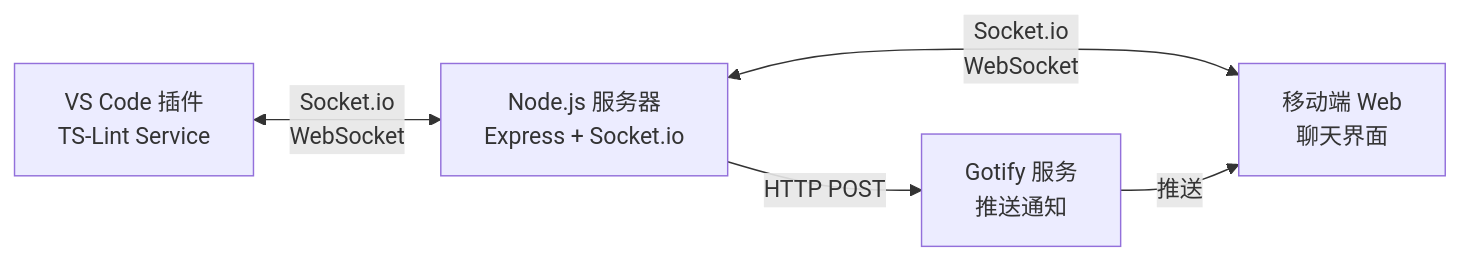
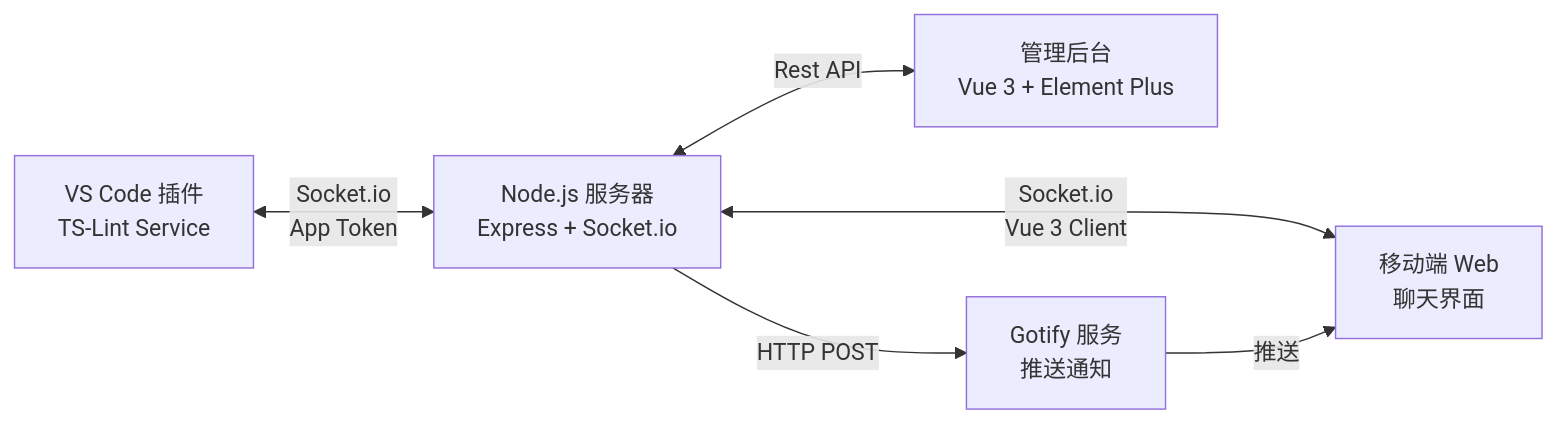
The diagram in README.md (Sisyphean-a/vscode-stealth-chat), drawn with Mermaid before and after one commit. The commit also changed other lines of this file and 6 other files, not shown here.

````diff
--- a/README.md
+++ b/README.md
@@ -25,7 +25,8 @@
 ```mermaid
 graph LR
-    A[VS Code 插件<br/>TS-Lint Service] <-->|Socket.io<br/>WebSocket| B[Node.js 服务器<br/>Express + Socket.io]
-    B <-->|Socket.io<br/>WebSocket| C[移动端 Web<br/>聊天界面]
+    A[VS Code 插件<br/>TS-Lint Service] <-->|Socket.io<br/>App Token| B[Node.js 服务器<br/>Express + Socket.io]
+    B <-->|Socket.io<br/>Vue 3 Client| C[移动端 Web<br/>聊天界面]
+    B <-->|Rest API| E[管理后台<br/>Vue 3 + Element Plus]
     B -->|HTTP POST| D[Gotify 服务<br/>推送通知]
     D -->|推送| C
 ```
````
